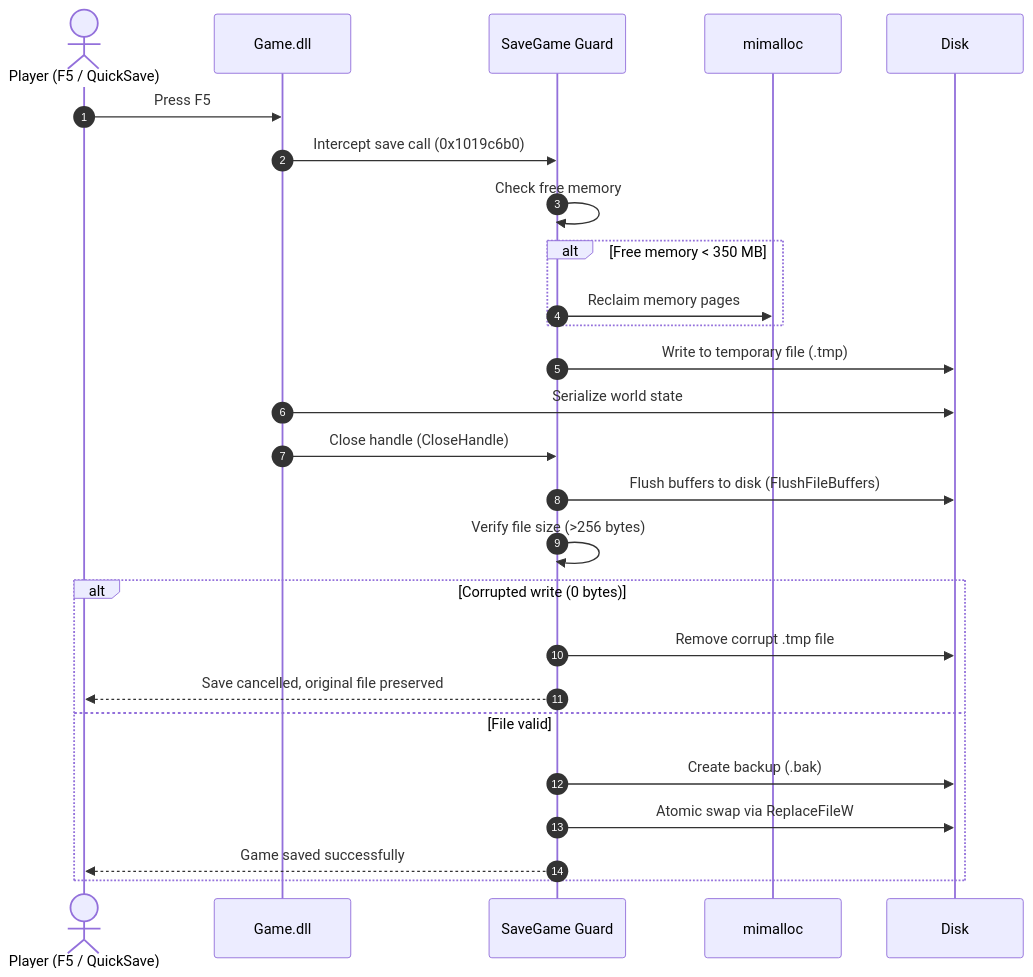
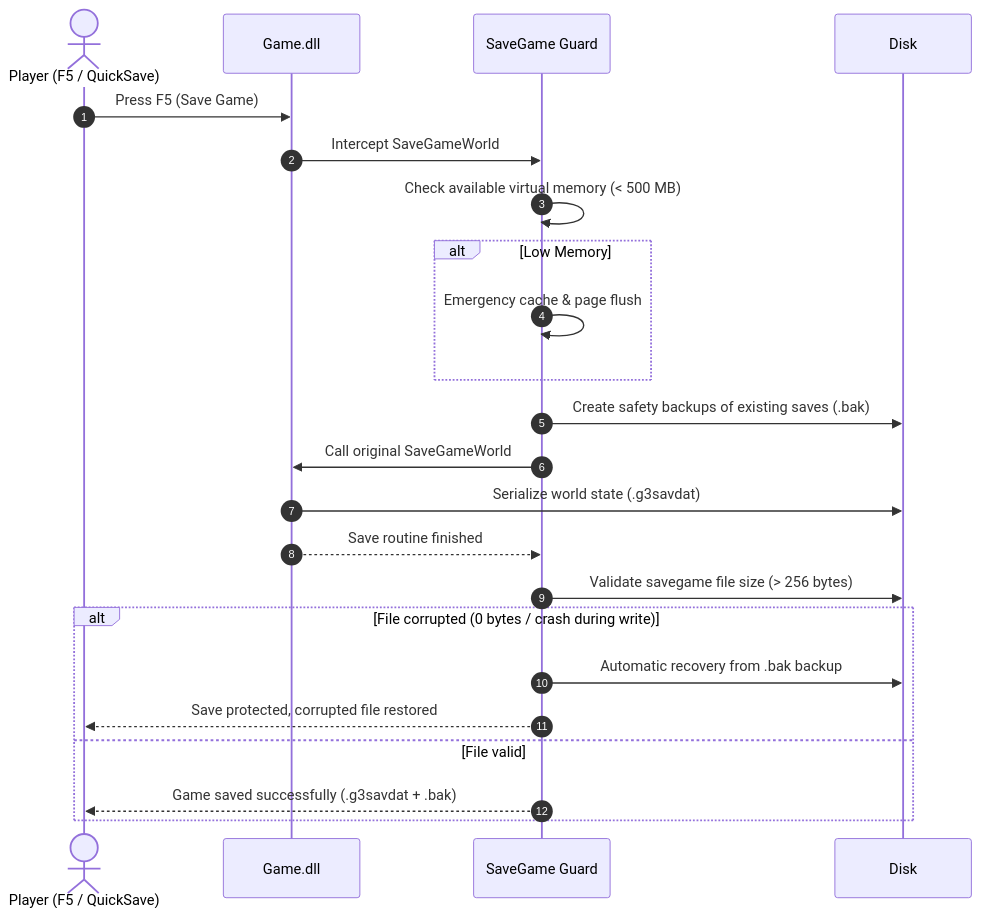
The second of 2 diagrams in README_en.md (VadimGlinskiy/G3O), drawn with Mermaid before and after one commit. The commit also changed other lines of this file and 1 other file, not shown here.

Commit message:
docs: actualize README and README_en for v1.3.0 release

````diff
--- a/README_en.md
+++ b/README_en.md
@@ -135,29 +135,26 @@
 ```mermaid
 sequenceDiagram
     autonumber
     actor Player as Player (F5 / QuickSave)
     participant Game as Game.dll
     participant Guard as SaveGame Guard
-    participant Memory as mimalloc
     participant Disk as Disk
 
-    Player->>Game: Press F5
-    Game->>Guard: Intercept save call (0x1019c6b0)
-    Guard->>Guard: Check free memory
-    alt Free memory < 350 MB
-        Guard->>Memory: Reclaim memory pages
+    Player->>Game: Press F5 (Save Game)
+    Game->>Guard: Intercept SaveGameWorld
+    Guard->>Guard: Check available virtual memory (< 500 MB)
+    alt Low Memory
+        Guard->>Guard: Emergency cache & page flush
     end
-    Guard->>Disk: Write to temporary file (.tmp)
-    Game->>Disk: Serialize world state
-    Game->>Guard: Close handle (CloseHandle)
-    Guard->>Disk: Flush buffers to disk (FlushFileBuffers)
-    Guard->>Guard: Verify file size (>256 bytes)
-    alt Corrupted write (0 bytes)
-        Guard->>Disk: Remove corrupt .tmp file
-        Guard-->>Player: Save cancelled, original file preserved
+    Guard->>Disk: Create safety backups of existing saves (.bak)
+    Guard->>Game: Call original SaveGameWorld
+    Game->>Disk: Serialize world state (.g3savdat)
+    Game-->>Guard: Save routine finished
+    Guard->>Disk: Validate savegame file size (> 256 bytes)
+    alt File corrupted (0 bytes / crash during write)
+        Guard->>Disk: Automatic recovery from .bak backup
+        Guard-->>Player: Save protected, corrupted file restored
     else File valid
-        Guard->>Disk: Create backup (.bak)
-        Guard->>Disk: Atomic swap via ReplaceFileW
-        Guard-->>Player: Game saved successfully
+        Guard-->>Player: Game saved successfully (.g3savdat + .bak)
     end
 ```
````
